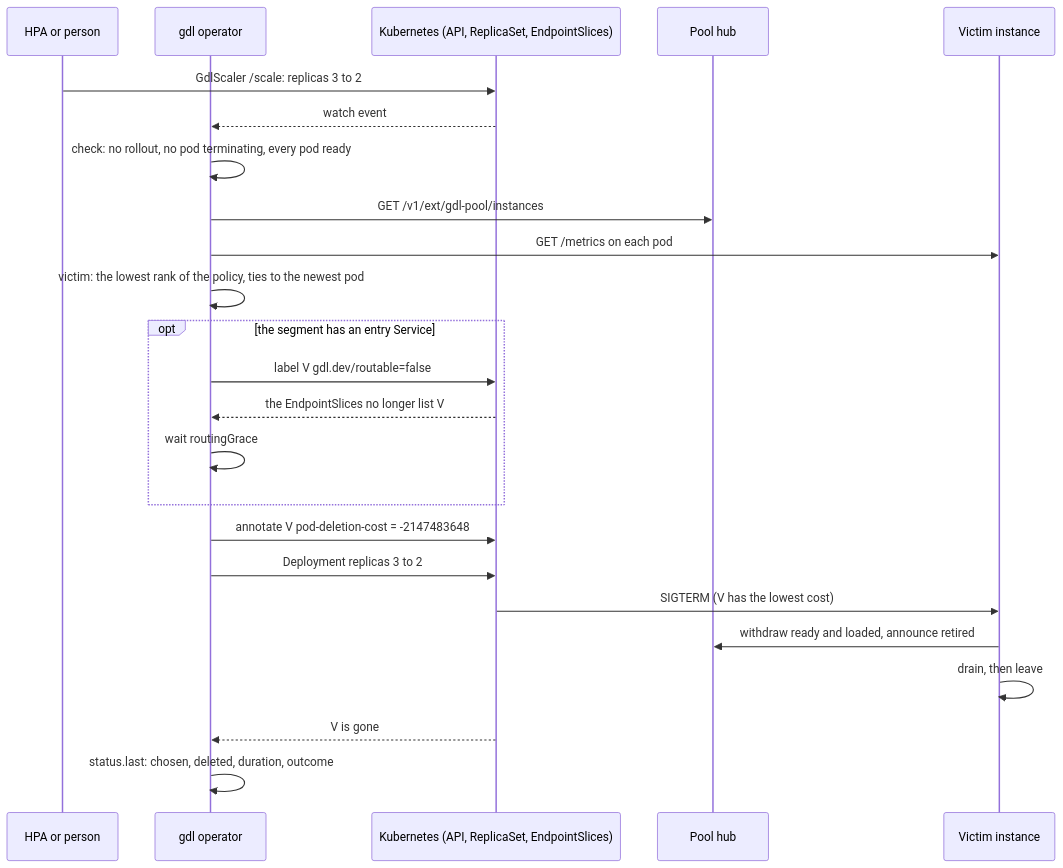
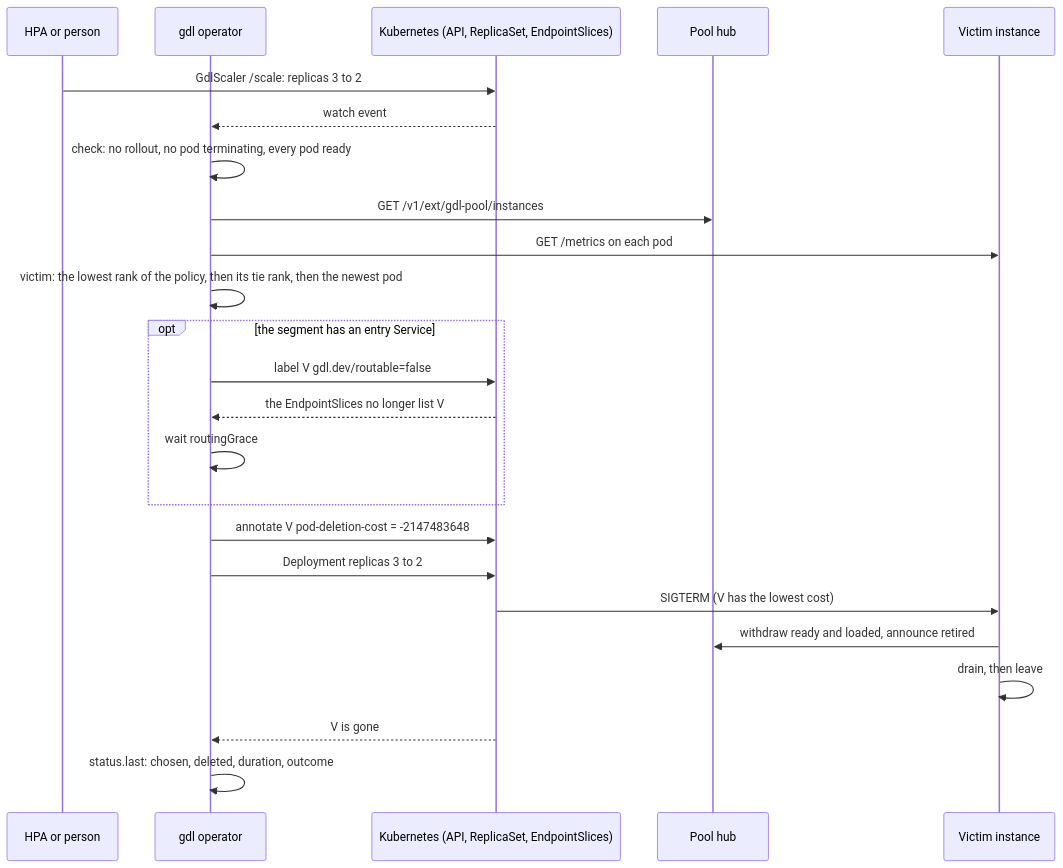
One commit to ryanolson/gdl changed the second of 2 diagrams in docs/src/guides/operator.md. Above: the diagram before and after it, drawn with Mermaid.

Commit message:
docs(gdl-operator): show a policy's tie rank in the scale-down diagram

````diff
--- a/docs/src/guides/operator.md
+++ b/docs/src/guides/operator.md
@@ -160,26 +160,26 @@
 ```mermaid
 sequenceDiagram
     participant A as HPA or person
     participant O as gdl operator
     participant K as Kubernetes (API, ReplicaSet, EndpointSlices)
     participant H as Pool hub
     participant V as Victim instance
     A->>K: GdlScaler /scale: replicas 3 to 2
     K-->>O: watch event
     O->>O: check: no rollout, no pod terminating, every pod ready
     O->>H: GET /v1/ext/gdl-pool/instances
     O->>V: GET /metrics on each pod
-    O->>O: victim: the lowest rank of the policy, ties to the newest pod
+    O->>O: victim: the lowest rank of the policy, then its tie rank, then the newest pod
     opt the segment has an entry Service
         O->>K: label V gdl.dev/routable=false
         K-->>O: the EndpointSlices no longer list V
         O->>O: wait routingGrace
     end
     O->>K: annotate V pod-deletion-cost = -2147483648
     O->>K: Deployment replicas 3 to 2
     K->>V: SIGTERM (V has the lowest cost)
     V->>H: withdraw ready and loaded, announce retired
     V->>V: drain, then leave
     K-->>O: V is gone
     O->>O: status.last: chosen, deleted, duration, outcome
 ```
````
